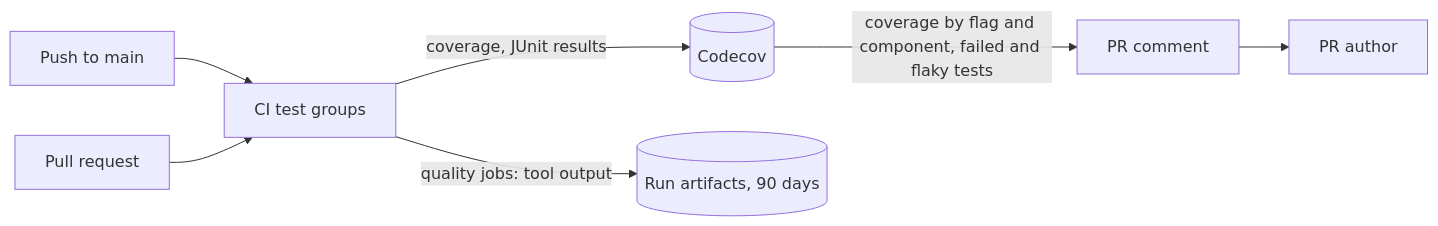
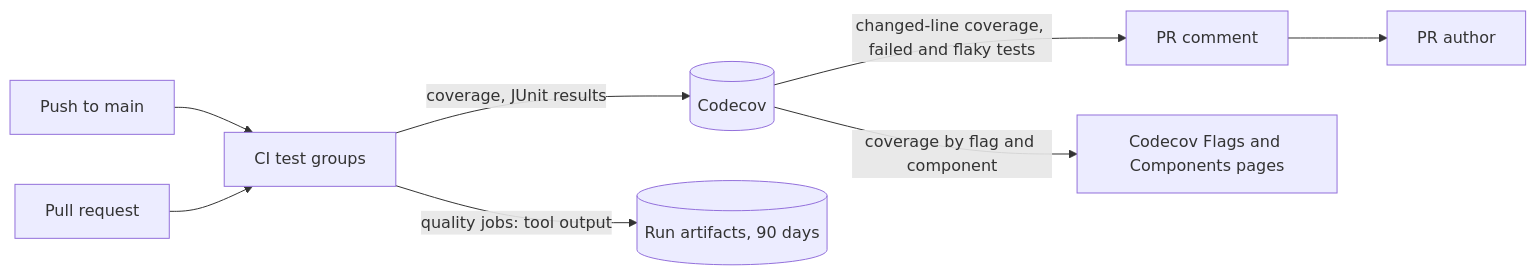
The diagram in docs/design-docs/test-quality-monitoring.md (syudead/vv), drawn with Mermaid before and after one commit. The commit also changed other lines of this file and 4 other files, not shown here.

````diff
--- a/docs/design-docs/test-quality-monitoring.md
+++ b/docs/design-docs/test-quality-monitoring.md
@@ -11,9 +11,10 @@
 ```mermaid
 flowchart LR
   push[Push to main] --> ci[CI test groups]
   pr[Pull request] --> ci
   ci -->|coverage, JUnit results| codecov[(Codecov)]
   ci -->|quality jobs: tool output| art[(Run artifacts, 90 days)]
-  codecov -->|coverage by flag and component, failed and flaky tests| prc[PR comment]
+  codecov -->|changed-line coverage, failed and flaky tests| prc[PR comment]
+  codecov -->|coverage by flag and component| pages[Codecov Flags and Components pages]
   prc --> author[PR author]
 ```
````
